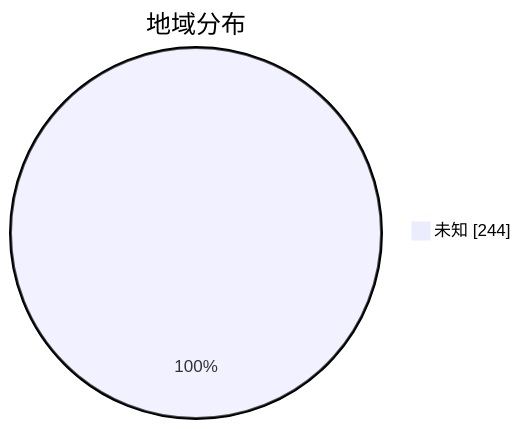
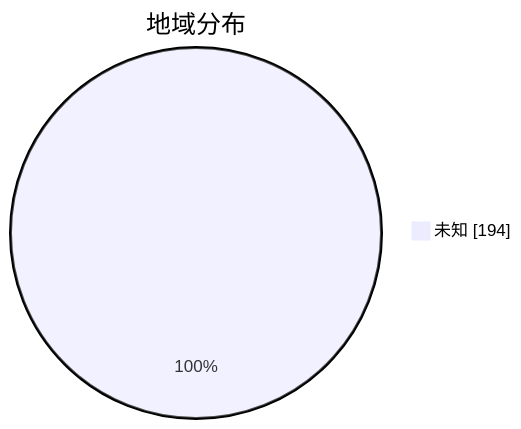
The second of 3 diagrams in subs/statistics/tested_within.md (qjlxg/airport), drawn with Mermaid before and after one commit. The commit also changed other lines of this file and 2 other files, not shown here.

````diff
--- a/subs/statistics/tested_within.md
+++ b/subs/statistics/tested_within.md
@@ -12,5 +12,5 @@
 ```mermaid
 pie showData
 title 地域分布
-"未知" : 244
+"未知" : 194
 ```
````
